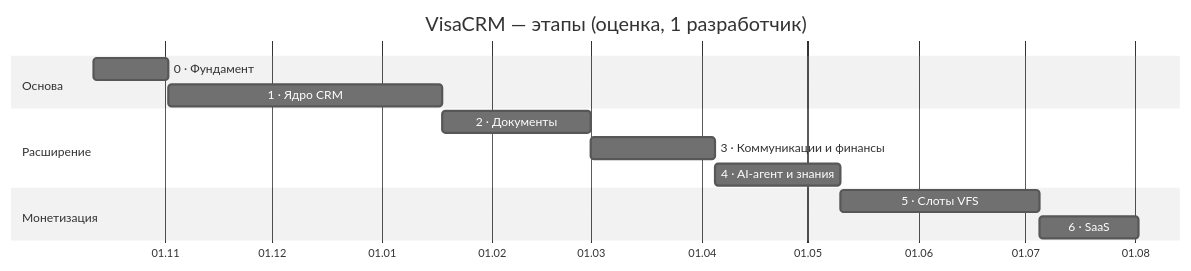
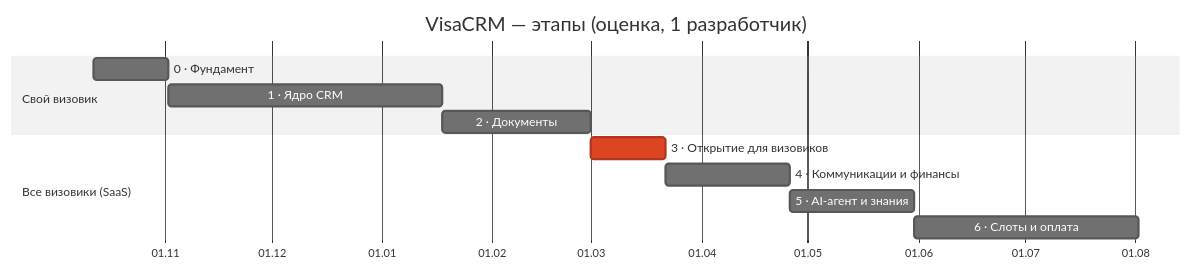
Before and after one commit to SvamiBog/visa_crm: the first of 2 diagrams in docs/roadmap.md, drawn with Mermaid (neutral theme). The commit also changed other lines of this file and 5 other files, not shown here.

First line of the commit message:
Move SaaS opening to stage 3 in the roadmap and PRD

````diff
--- a/docs/roadmap.md
+++ b/docs/roadmap.md
@@ -23,16 +25,15 @@
 ```mermaid
 gantt
   title VisaCRM — этапы (оценка, 1 разработчик)
   dateFormat YYYY-MM-DD
   axisFormat %d.%m
-  section Основа
+  section Свой визовик
   0 · Фундамент              :s0, 2026-10-12, 21d
   1 · Ядро CRM               :s1, after s0, 77d
-  section Расширение
   2 · Документы              :s2, after s1, 42d
-  3 · Коммуникации и финансы :s3, after s2, 35d
-  4 · AI-агент и знания      :s4, after s3, 35d
-  section Монетизация
-  5 · Слоты VFS              :s5, after s4, 56d
-  6 · SaaS                   :s6, after s5, 28d
+  section Все визовики (SaaS)
+  3 · Открытие для визовиков :crit, s3, after s2, 21d
+  4 · Коммуникации и финансы :s4, after s3, 35d
+  5 · AI-агент и знания      :s5, after s4, 35d
+  6 · Слоты и оплата         :s6, after s5, 63d
 ```
````
